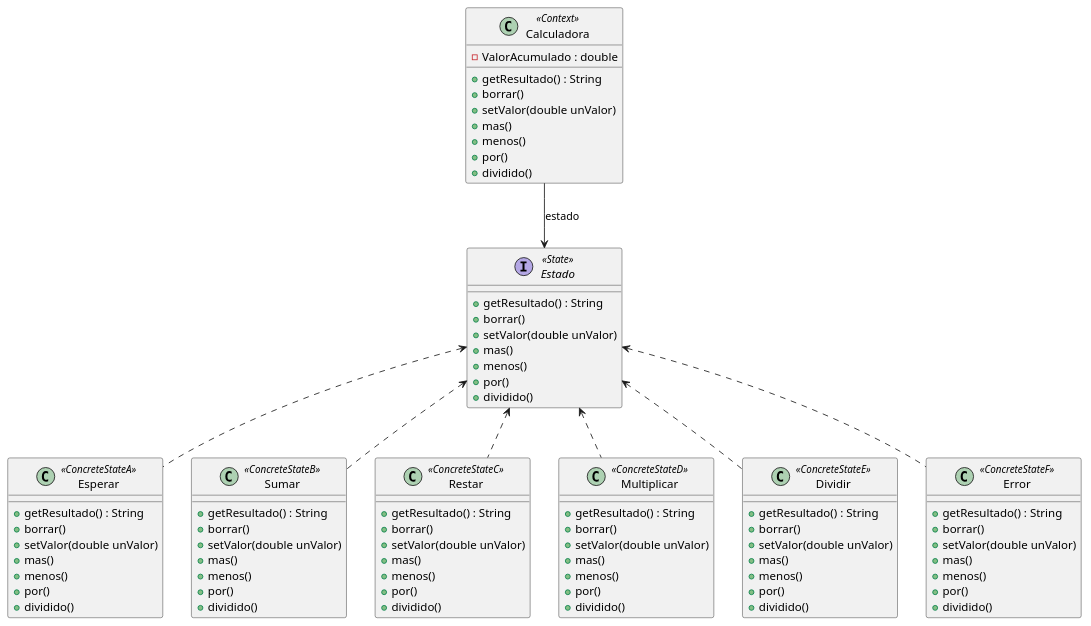
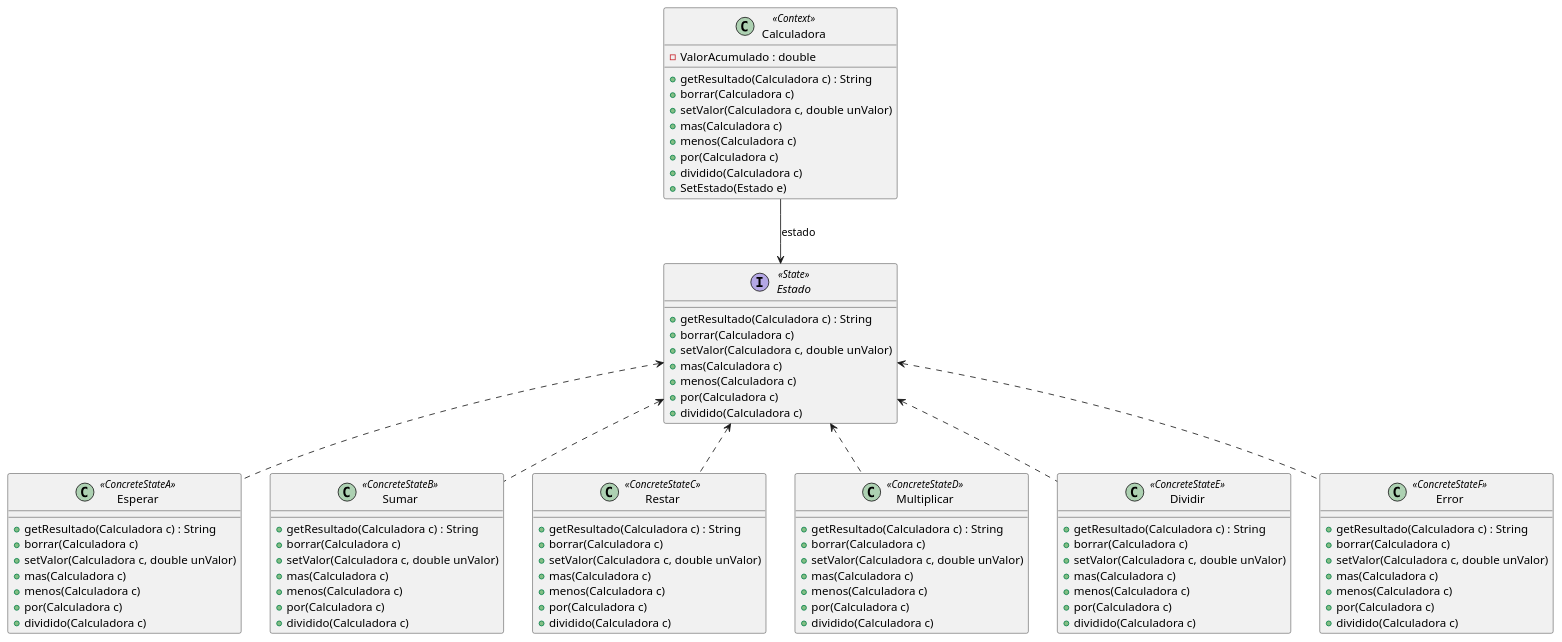
Before and after one commit to BautistaMarquez/Tercero-PrimerCuatrimestre: the diagram in Objetos 2/UMLs/Ejercicio7Patrones.puml, drawn with PlantUML. The commit also changed 3 other files, not shown here.

```diff
--- a/Objetos 2/UMLs/Ejercicio7Patrones.puml
+++ b/Objetos 2/UMLs/Ejercicio7Patrones.puml
@@ -1,92 +1,93 @@
 @startuml Ejercicio7 
 
 Calculadora --> Estado : estado 
 Estado <.. Esperar
 Estado <.. Sumar 
 Estado <.. Restar
 Estado <.. Multiplicar
 Estado <.. Dividir
 Estado <.. Error
-
+'Calculadora se pasa como parametro siempre, En este caso la interface podria ser una clase abstracta y que implemente varios metodos en los cuales todo hacen lo mismo. El seter del estado debe ser , para que de esta forma los estados puedan modificar el estado de la calculadora. La clase Abstracta Estado va a definir al resto de estados, osea mas, menos, por, dividido. En los estados pregunto si el estado es Esperar y sino tendria que ser error, no? Esto me voy a dar cuenta al momento de hacer el code'
 class Calculadora <<Context>> {
     -ValorAcumulado : double 
-    +getResultado() : String 
-    +borrar()
-    +setValor(double unValor)
-    +mas()
-    +menos()
-    +por()
-    +dividido()
+    +getResultado(Calculadora c) : String 
+    +borrar(Calculadora c)
+    +setValor(Calculadora c, double unValor)
+    +mas(Calculadora c)
+    +menos(Calculadora c)
+    +por(Calculadora c)
+    +dividido(Calculadora c)
+    +SetEstado(Estado e)
 }
 
 interface Estado <<State>> { 
-    +getResultado() : String 
-    +borrar()
-    +setValor(double unValor)
-    +mas()
-    +menos()
-    +por()
-    +dividido()
+    +getResultado(Calculadora c) : String 
+    +borrar(Calculadora c)
+    +setValor(Calculadora c, double unValor)
+    +mas(Calculadora c)
+    +menos(Calculadora c)
+    +por(Calculadora c)
+    +dividido(Calculadora c)
 }
 
 class Esperar <<ConcreteStateA>> {
-    +getResultado() : String 
-    +borrar()
-    +setValor(double unValor)
-    +mas()
-    +menos()
-    +por()
-    +dividido()
+    +getResultado(Calculadora c) : String 
+    +borrar(Calculadora c)
+    +setValor(Calculadora c, double unValor)
+    +mas(Calculadora c)
+    +menos(Calculadora c)
+    +por(Calculadora c)
+    +dividido(Calculadora c)
 }
 
 class Sumar <<ConcreteStateB>> {
-    +getResultado() : String 
-    +borrar()
-    +setValor(double unValor)
-    +mas()
-    +menos()
-    +por()
-    +dividido()
+    +getResultado(Calculadora c) : String 
+    +borrar(Calculadora c)
+    +setValor(Calculadora c, double unValor)
+    +mas(Calculadora c)
+    +menos(Calculadora c)
+    +por(Calculadora c)
+    +dividido(Calculadora c)
 }
 
 class Restar <<ConcreteStateC>> {
-    +getResultado() : String 
-    +borrar()
-    +setValor(double unValor)
-    +mas()
-    +menos()
-    +por()
-    +dividido()
+    +getResultado(Calculadora c) : String 
+    +borrar(Calculadora c)
+    +setValor(Calculadora c, double unValor)
+    +mas(Calculadora c)
+    +menos(Calculadora c)
+    +por(Calculadora c)
+    +dividido(Calculadora c)
 }
 
 class Multiplicar <<ConcreteStateD>> {
-    +getResultado() : String 
-    +borrar()
-    +setValor(double unValor)
-    +mas()
-    +menos()
-    +por()
-    +dividido()
+    +getResultado(Calculadora c) : String 
+    +borrar(Calculadora c)
+    +setValor(Calculadora c, double unValor)
+    +mas(Calculadora c)
+    +menos(Calculadora c)
+    +por(Calculadora c)
+    +dividido(Calculadora c)
 }
 
 class Dividir <<ConcreteStateE>> {
-    +getResultado() : String 
-    +borrar()
-    +setValor(double unValor)
-    +mas()
-    +menos()
-    +por()
-    +dividido()
+    +getResultado(Calculadora c) : String 
+    +borrar(Calculadora c)
+    +setValor(Calculadora c, double unValor)
+    +mas(Calculadora c)
+    +menos(Calculadora c)
+    +por(Calculadora c)
+    +dividido(Calculadora c)
 }
 
 class Error <<ConcreteStateF>> {
-    +getResultado() : String 
-    +borrar()
-    +setValor(double unValor)
-    +mas()
-    +menos()
-    +por()
-    +dividido()
+    +getResultado(Calculadora c) : String 
+    +borrar(Calculadora c)
+    +setValor(Calculadora c, double unValor)
+    +mas(Calculadora c)
+    +menos(Calculadora c)
+    +por(Calculadora c)
+    +dividido(Calculadora c)
 }
 
 @enduml
```
